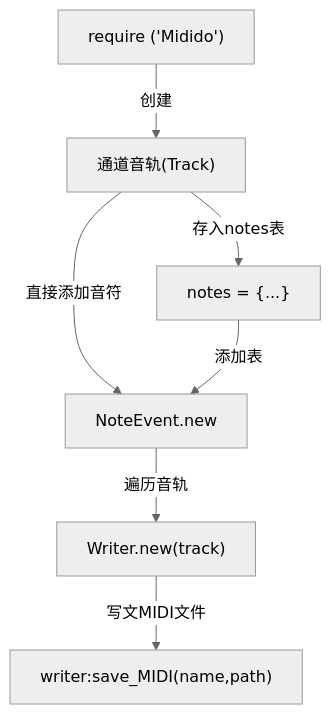
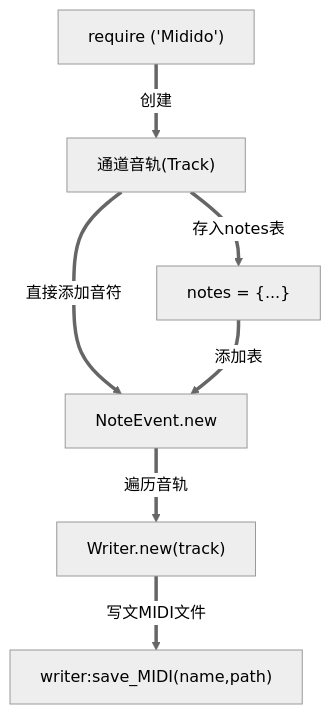
The diagram in source/_posts/wiki-of-Midido.md (A2C29K9/A2C29K9.github.io), drawn with Mermaid (neutral theme) before and after one commit.

````diff
--- a/source/_posts/wiki-of-Midido.md
+++ b/source/_posts/wiki-of-Midido.md
@@ -64,8 +64,9 @@
 ```mermaid
 graph TB
-    id["require ('Midido')"]--> |创建| id2("通道音轨(Track)")
-    id2["通道音轨(Track)"]--> |直接添加音符| id3["NoteEvent.new"]
-    id2["通道音轨(Track)"]--> |存入notes表| id4["notes = {...}"]--> |添加表| id3{"NoteEvent.new"}
-    id3["NoteEvent.new"]--> |遍历音轨| id5["Writer.new(track)"]
-    id5["Writer.new(track)"]--> |写文MIDI文件| id6["writer:save_MIDI(name,path)"]
+    id["require ('Midido')"]==> |创建| id2("通道音轨(Track)")
+    id2["通道音轨(Track)"]==> |直接添加音符| id3["NoteEvent.new"]
+    id2["通道音轨(Track)"]==> |存入notes表| id4["notes = {...}"]
+    id4["notes = {...}"]==> |添加表| id3{"NoteEvent.new"}
+    id3["NoteEvent.new"]==> |遍历音轨| id5["Writer.new(track)"]
+    id5["Writer.new(track)"]==> |写文MIDI文件| id6["writer:save_MIDI(name,path)"]
 ```
````
